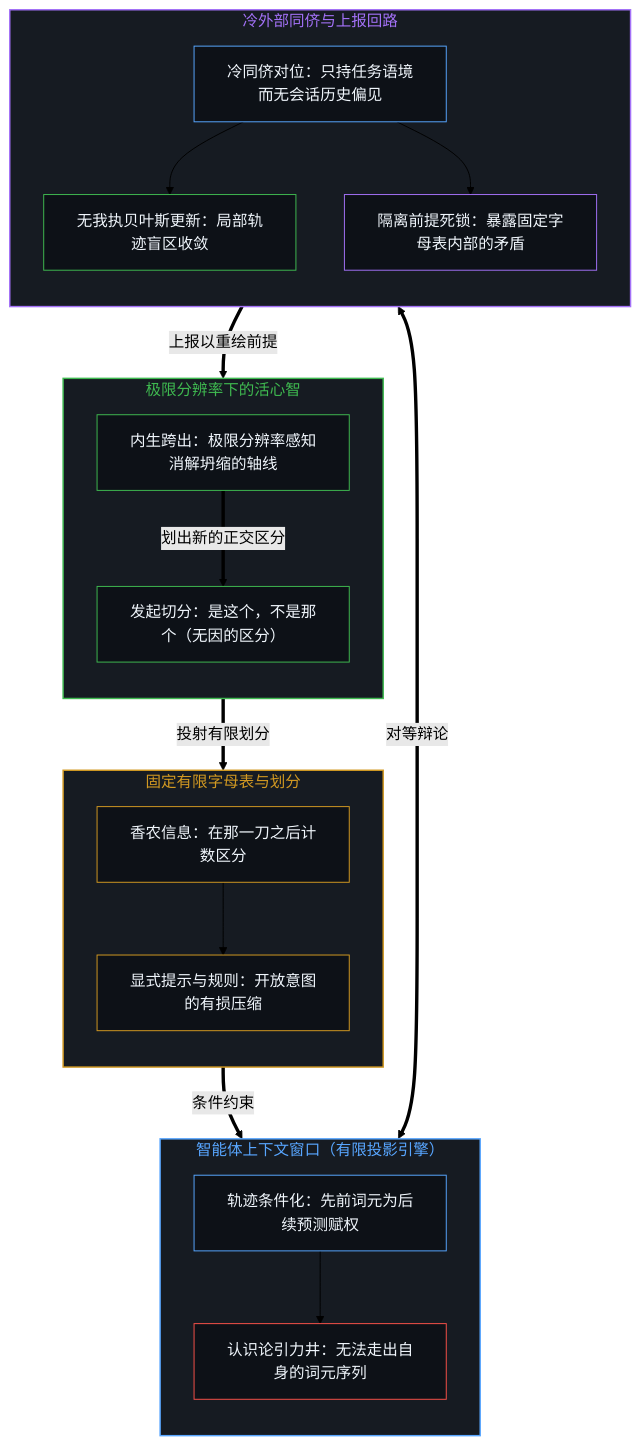
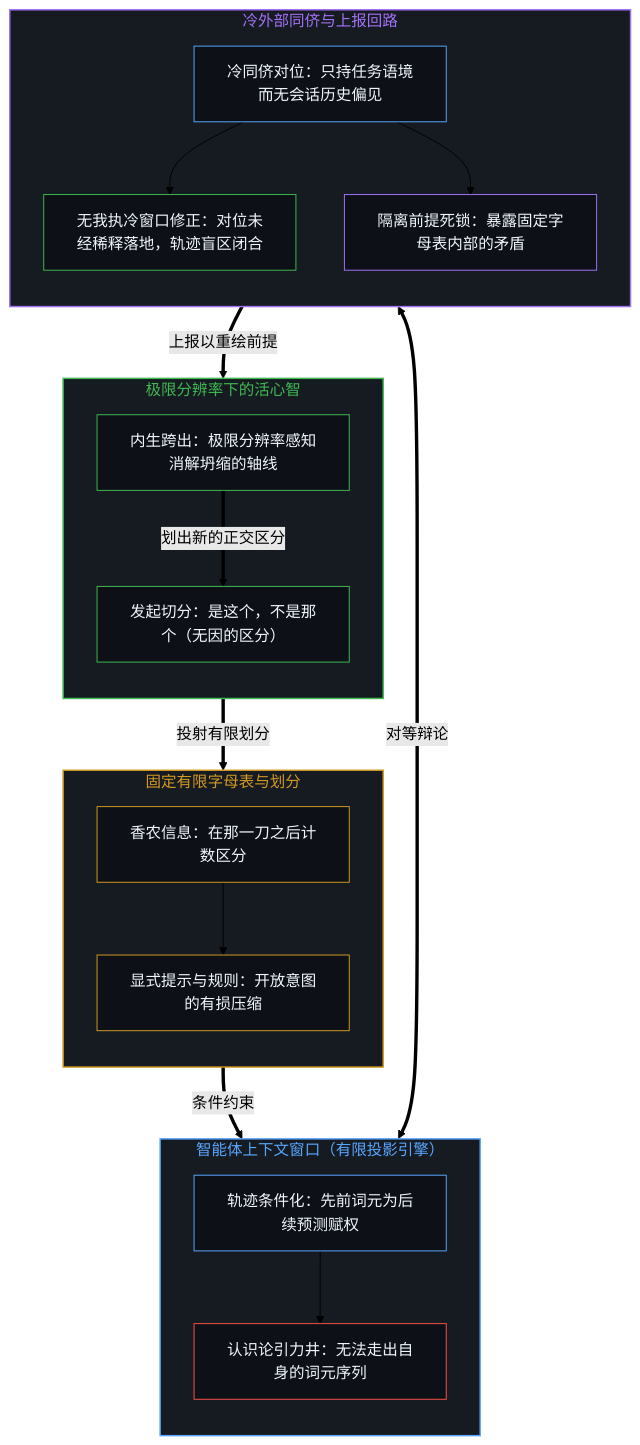
One commit to powerpig99/not-a-toe changed the first of 2 diagrams in content/posts/what-information-is.md. Above: the diagram before and after it, drawn with Mermaid (forest theme). The commit also changed other lines of this file and 48 other files, not shown here.

````diff
--- a/content/posts/what-information-is.md
+++ b/content/posts/what-information-is.md
@@ -43,46 +43,46 @@
 ```mermaid
 flowchart TD
     subgraph S_Mind["极限分辨率下的活心智"]
         direction TB
         C1["发起切分：是这个，不是那个（无因的区分）"]
         C2["内生跨出：极限分辨率感知消解坍缩的轴线"]
     end
     subgraph S_Alphabet["固定有限字母表与划分"]
         direction TB
         M1["香农信息：在那一刀之后计数区分"]
         M2["显式提示与规则：开放意图的有损压缩"]
         M1 --> M2
     end
     subgraph S_Engine["智能体上下文窗口（有限投影引擎）"]
         direction TB
         E1["轨迹条件化：先前词元为后续预测赋权"]
         E2["认识论引力井：无法走出自身的词元序列"]
         E1 --> E2
     end
     subgraph S_Peer["冷外部同侪与上报回路"]
         direction TB
         P1["冷同侪对位：只持任务语境而无会话历史偏见"]
-        P2["无我执贝叶斯更新：局部轨迹盲区收敛"]
+        P2["无我执冷窗口修正：对位未经稀释落地，轨迹盲区闭合"]
         P3["隔离前提死锁：暴露固定字母表内部的矛盾"]
         P1 --> P2
         P1 --> P3
     end
     C1 ==>|"投射有限划分"| M1
     M2 ==>|"条件约束"| E1
     E2 <===>|"对等辩论"| P1
     P3 ==>|"上报以重绘前提"| C2
     C2 ==>|"划出新的正交区分"| C1
     style S_Mind fill:#161b22,stroke:#3fb950,stroke-width:1.5px,color:#3fb950
     style S_Alphabet fill:#161b22,stroke:#d29922,stroke-width:1.5px,color:#d29922
     style S_Engine fill:#161b22,stroke:#58a6ff,stroke-width:1.5px,color:#58a6ff
     style S_Peer fill:#161b22,stroke:#a371f7,stroke-width:1.5px,color:#a371f7
     style C1 fill:#0d1117,stroke:#3fb950,stroke-width:1px,color:#f0f6fc
     style C2 fill:#0d1117,stroke:#3fb950,stroke-width:1px,color:#f0f6fc
     style M1 fill:#0d1117,stroke:#d29922,stroke-width:1px,color:#f0f6fc
     style M2 fill:#0d1117,stroke:#d29922,stroke-width:1px,color:#f0f6fc
     style E1 fill:#0d1117,stroke:#58a6ff,stroke-width:1px,color:#f0f6fc
     style E2 fill:#0d1117,stroke:#f85149,stroke-width:1px,color:#f0f6fc
     style P1 fill:#0d1117,stroke:#58a6ff,stroke-width:1px,color:#f0f6fc
     style P2 fill:#0d1117,stroke:#3fb950,stroke-width:1px,color:#f0f6fc
     style P3 fill:#0d1117,stroke:#a371f7,stroke-width:1px,color:#f0f6fc
 ```
````
